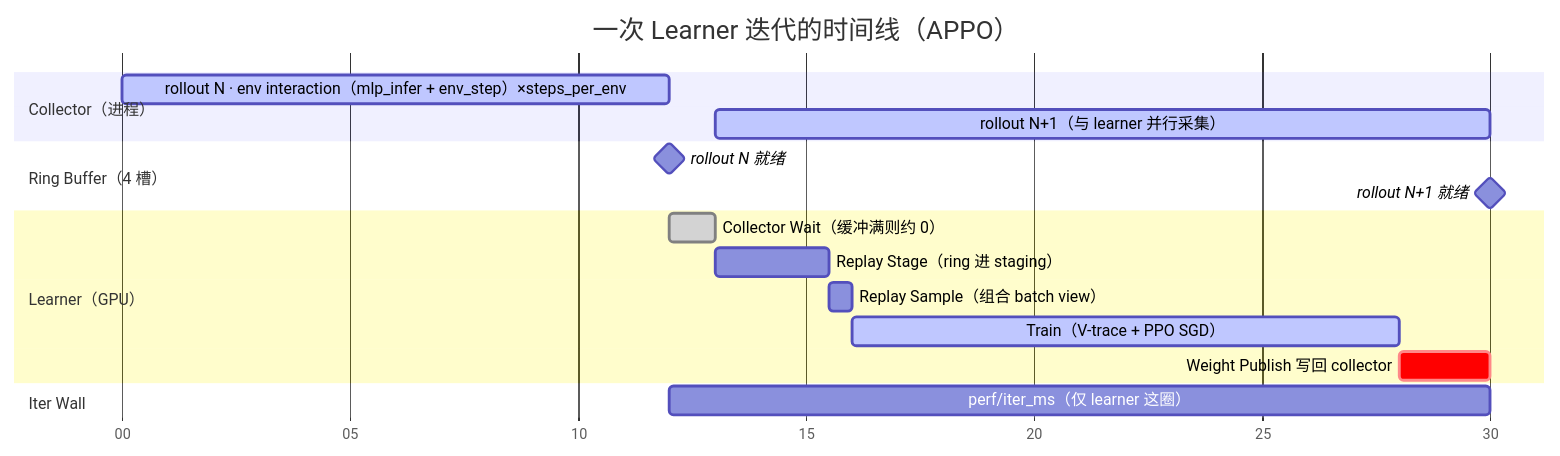
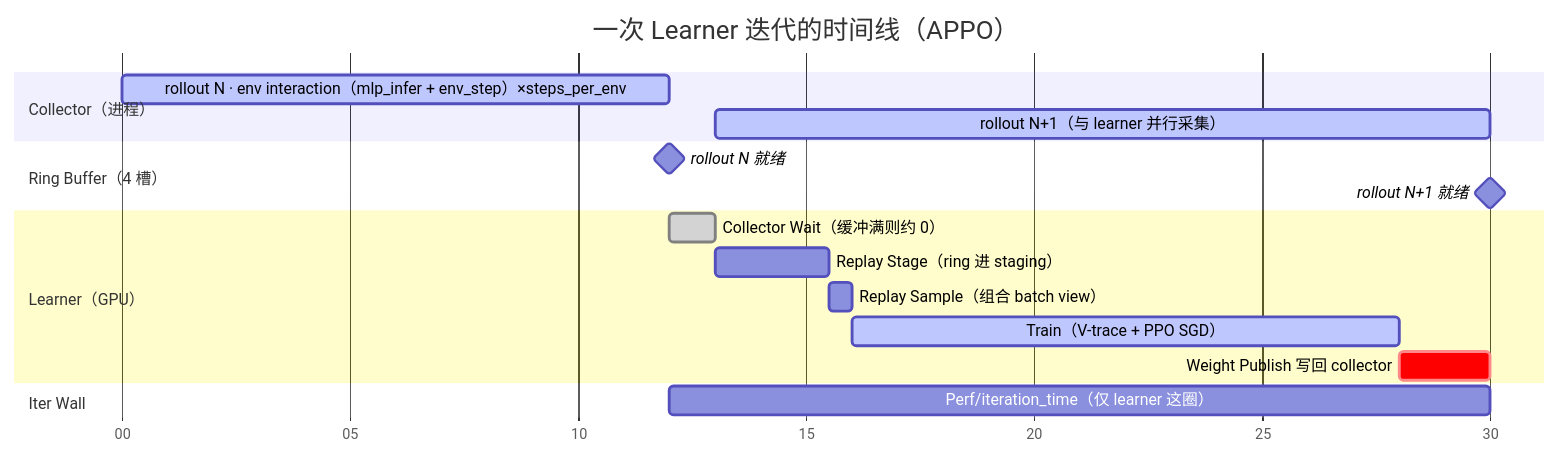
One commit to Motphys/UniLab changed the diagram in docs/sphinx/source/zh_CN/2-user_guide/2-algorithms/2-appo.md. Above: the diagram before and after it, drawn with Mermaid. The commit also changed other lines of this file and 10 other files, not shown here.

Commit message:
chore(logging): migrate off-policy metric consumers to unilab-rl 1.4.1 canonical schema

````diff
--- a/docs/sphinx/source/zh_CN/2-user_guide/2-algorithms/2-appo.md
+++ b/docs/sphinx/source/zh_CN/2-user_guide/2-algorithms/2-appo.md
@@ -39,24 +39,24 @@
 ```{mermaid}
 gantt
     title 一次 Learner 迭代的时间线（APPO）
     dateFormat x
     axisFormat %S
 
     section Collector（进程）
     rollout N · env interaction（mlp_infer + env_step）×steps_per_env :active, c0, 0, 12000
     rollout N+1（与 learner 并行采集）                                :active, c1, 13000, 30000
 
     section Ring Buffer（4 槽）
     rollout N 就绪    :milestone, r0, 12000, 12000
     rollout N+1 就绪  :milestone, r1, 30000, 30000
 
     section Learner（GPU）
     Collector Wait（缓冲满则约 0）    :done,   l0, 12000, 13000
     Replay Stage（ring 进 staging）   :        l1, 13000, 15500
     Replay Sample（组合 batch view）  :        l2, 15500, 16000
     Train（V-trace + PPO SGD）        :active, l3, 16000, 28000
     Weight Publish 写回 collector     :crit,   l4, 28000, 30000
 
     section Iter Wall
-    perf/iter_ms（仅 learner 这圈）   :        l5, 12000, 30000
+    Perf/iteration_time（仅 learner 这圈）  :        l5, 12000, 30000
 ```
````
